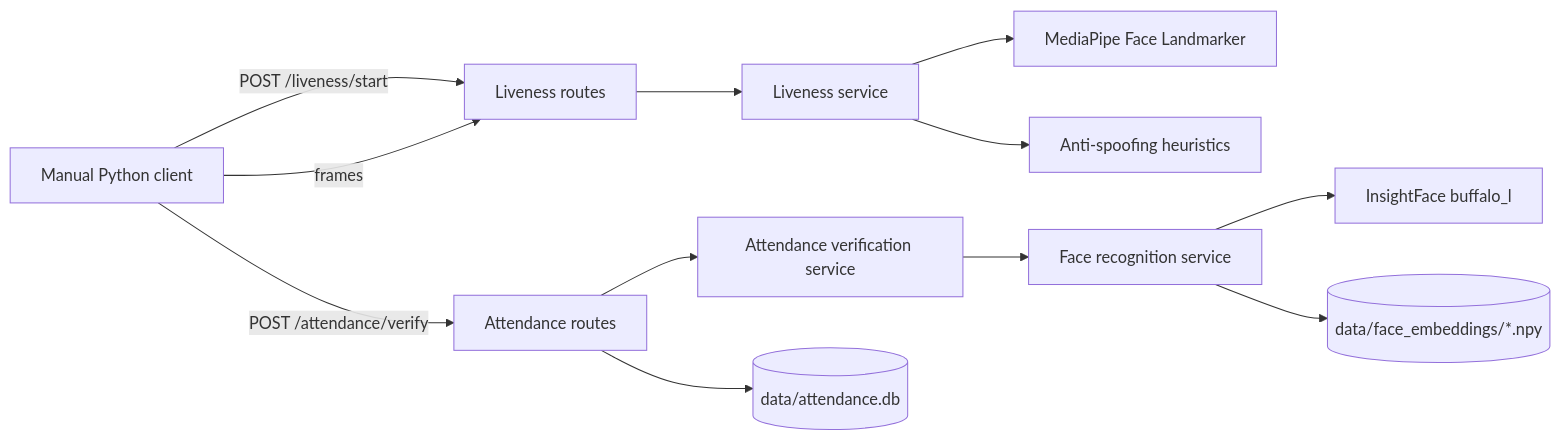
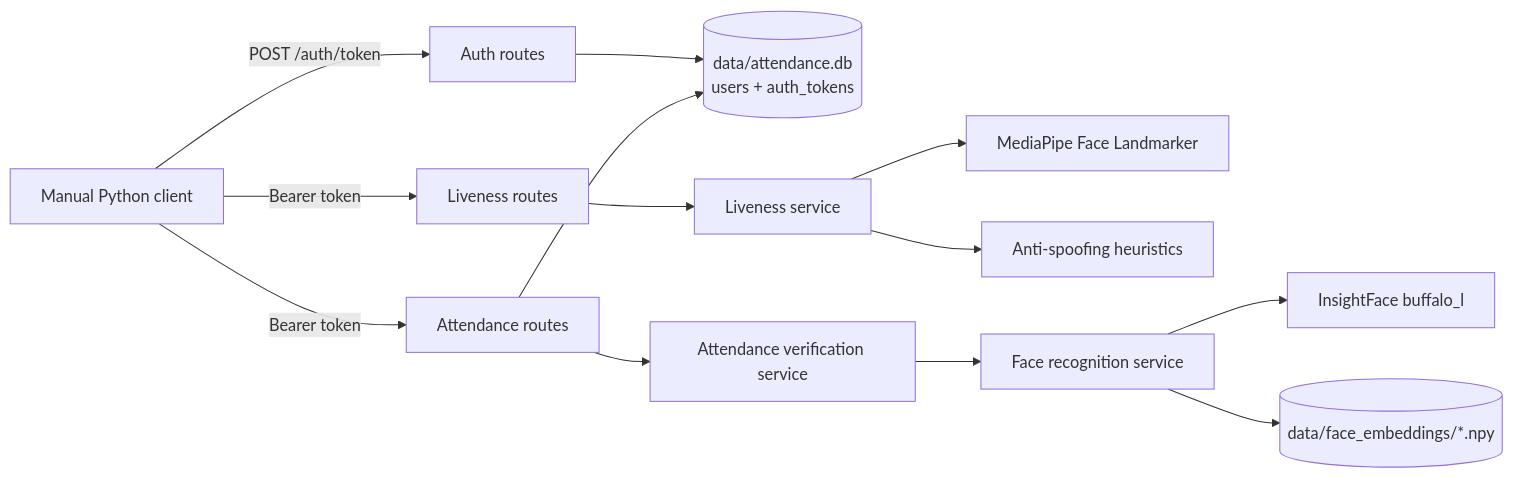
One commit to Kartik-gharte/Attendance.Application changed the diagram in docs/ARCHITECTURE.md. Above: the diagram before and after it, drawn with Mermaid. The commit also changed other lines of this file and 17 other files, not shown here.

````diff
--- a/docs/ARCHITECTURE.md
+++ b/docs/ARCHITECTURE.md
@@ -7,14 +7,15 @@
 ```mermaid
 flowchart LR
-    Client[Manual Python client] -->|POST /liveness/start| LR[Liveness routes]
-    Client -->|frames| LR
+    Client[Manual Python client] -->|POST /auth/token| AUTH[Auth routes]
+    AUTH --> DB[(data/attendance.db\nusers + auth_tokens)]
+    Client -->|Bearer token| LR[Liveness routes]
     LR --> LS[Liveness service]
     LS --> MP[MediaPipe Face Landmarker]
     LS --> AS[Anti-spoofing heuristics]
-    Client -->|POST /attendance/verify| AR[Attendance routes]
+    Client -->|Bearer token| AR[Attendance routes]
     AR --> AV[Attendance verification service]
     AV --> FR[Face recognition service]
     FR --> IF[InsightFace buffalo_l]
     FR --> EMB[(data/face_embeddings/*.npy)]
-    AR --> DB[(data/attendance.db)]
+    AR --> DB
 ```
````
